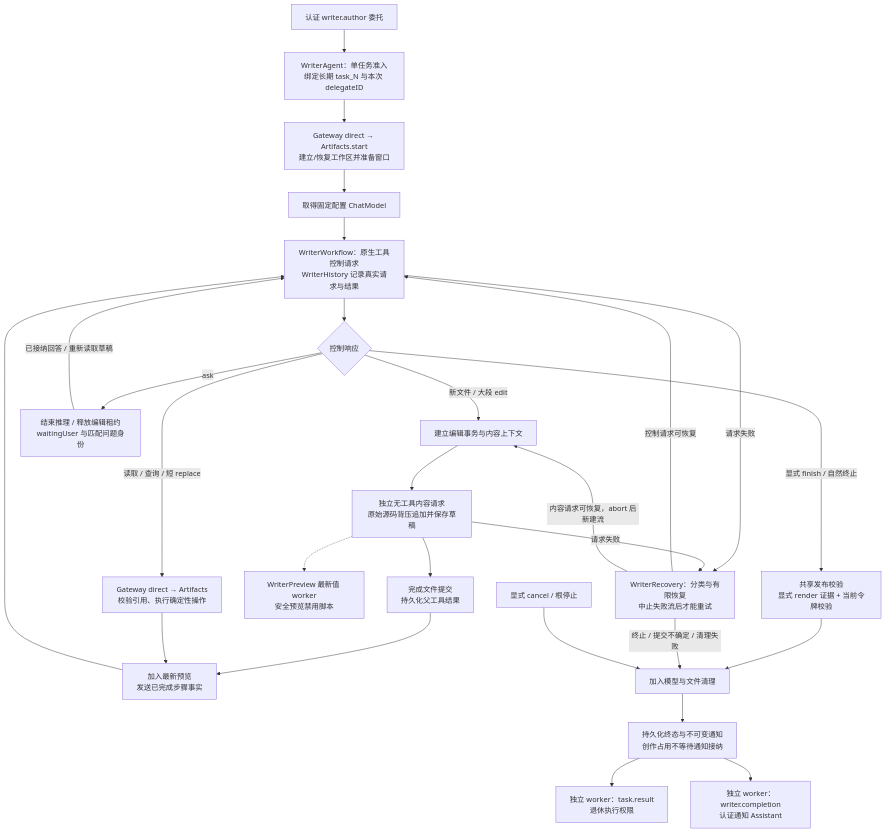
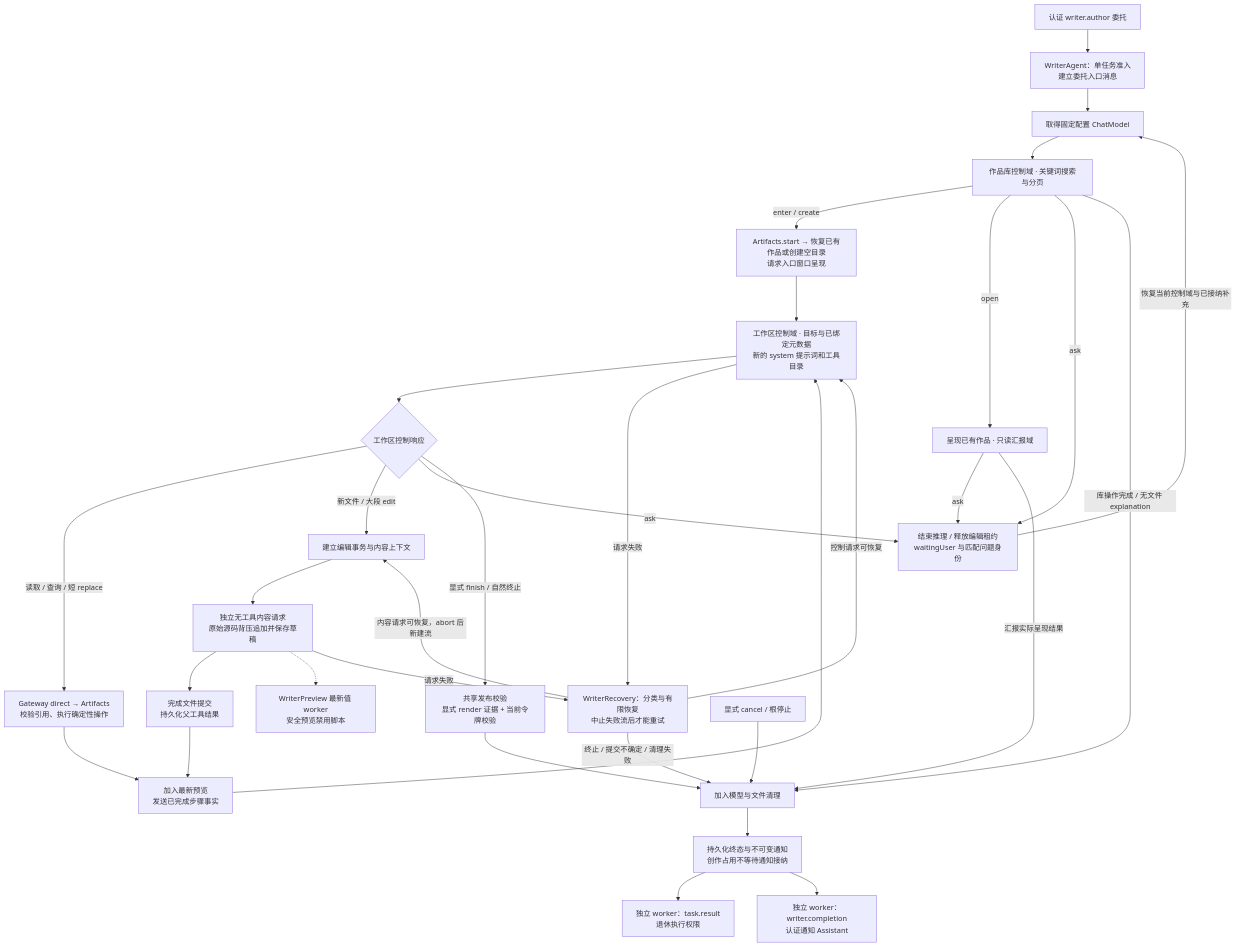
Before and after one commit to devilyouwei/MobileHarness: the diagram in MobileHarness/Agents/Writer/README.md, drawn with Mermaid. The commit also changed other lines of this file and 401 other files, not shown here.

First line of the commit message:
refactor: separate agent persistence and refine Writer workflows

````diff
--- a/MobileHarness/Agents/Writer/README.md
+++ b/MobileHarness/Agents/Writer/README.md
@@ -19,29 +19,35 @@
 ```mermaid
 flowchart TD
-    Request["认证 writer.author 委托"] --> Admission["WriterAgent：单任务准入<br/>绑定长期 task_N 与本次 delegateID"]
-    Admission --> Prepare["Gateway direct → Artifacts.start<br/>建立/恢复工作区并准备窗口"]
-    Prepare --> Model["取得固定配置 ChatModel"]
-    Model --> Control["WriterWorkflow：原生工具控制请求<br/>WriterHistory 记录真实请求与结果"]
-    Control --> Route{"控制响应"}
+    Request["认证 writer.author 委托"] --> Admission["WriterAgent：单任务准入<br/>建立委托入口消息"]
+    Admission --> Model["取得固定配置 ChatModel"]
+    Model --> Library["作品库控制域 · 关键词搜索与分页"]
+    Library -->|"enter / create"| Prepare["Artifacts.start → 恢复已有作品或创建空目录<br/>请求入口窗口呈现"]
+    Library -->|"open"| View["呈现已有作品 · 只读汇报域"]
+    Prepare --> Control["工作区控制域 · 目标与已绑定元数据<br/>新的 system 提示词和工具目录"]
+    Control --> Route{"工作区控制响应"}
     Route -->|"读取 / 查询 / 短 replace"| Tools["Gateway direct → Artifacts<br/>校验引用、执行确定性操作"]
     Route -->|"新文件 / 大段 edit"| Begin["建立编辑事务与内容上下文"]
     Begin --> Content["独立无工具内容请求<br/>原始源码背压追加并保存草稿"]
     Content --> Commit["完成文件提交<br/>持久化父工具结果"]
     Content -.-> Preview["WriterPreview 最新值 worker<br/>安全预览禁用脚本"]
     Commit --> Step["加入最新预览<br/>发送已完成步骤事实"]
     Tools --> Step
     Step --> Control
+    Library -->|"ask"| Wait
+    View -->|"ask"| Wait
     Route -->|"ask"| Wait["结束推理 / 释放编辑租约<br/>waitingUser 与匹配问题身份"]
-    Wait -->|"已接纳回答 / 重新读取草稿"| Control
+    Wait -->|"恢复当前控制域与已接纳补充"| Model
     Route -->|"显式 finish / 自然终止"| Publish["共享发布校验<br/>显式 render 证据 + 当前令牌校验"]
     Publish --> Cleanup["加入模型与文件清理"]
+    Library -->|"库操作完成 / 无文件 explanation"| Cleanup
+    View -->|"汇报实际呈现结果"| Cleanup
     Control -->|"请求失败"| Recovery["WriterRecovery：分类与有限恢复<br/>中止失败流后才能重试"]
     Content -->|"请求失败"| Recovery
     Recovery -->|"控制请求可恢复"| Control
     Recovery -->|"内容请求可恢复，abort 后新建流"| Begin
     Recovery -->|"终止 / 提交不确定 / 清理失败"| Cleanup
     Cancel["显式 cancel / 根停止"] --> Cleanup
     Cleanup --> Terminal["持久化终态与不可变通知<br/>创作占用不等待通知接纳"]
     Terminal --> Retirement["独立 worker：task.result<br/>退休执行权限"]
     Terminal --> Notification["独立 worker：writer.completion<br/>认证通知 Assistant"]
 ```
````
